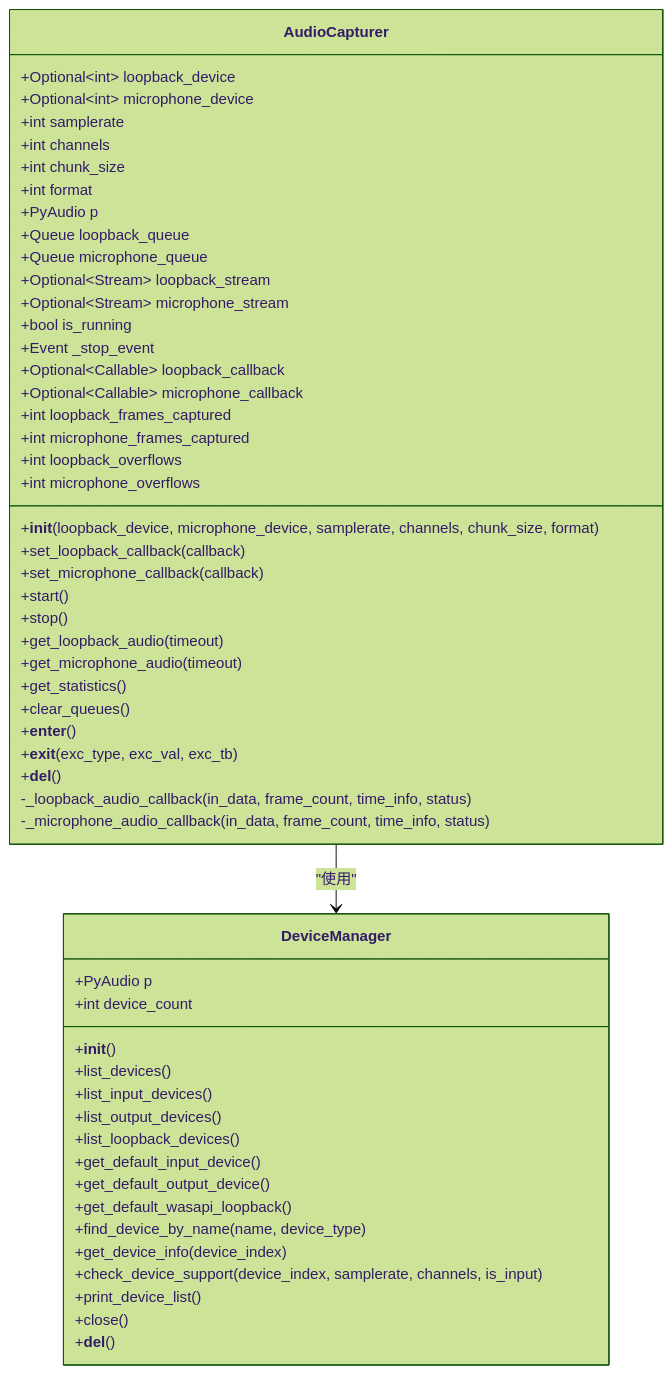
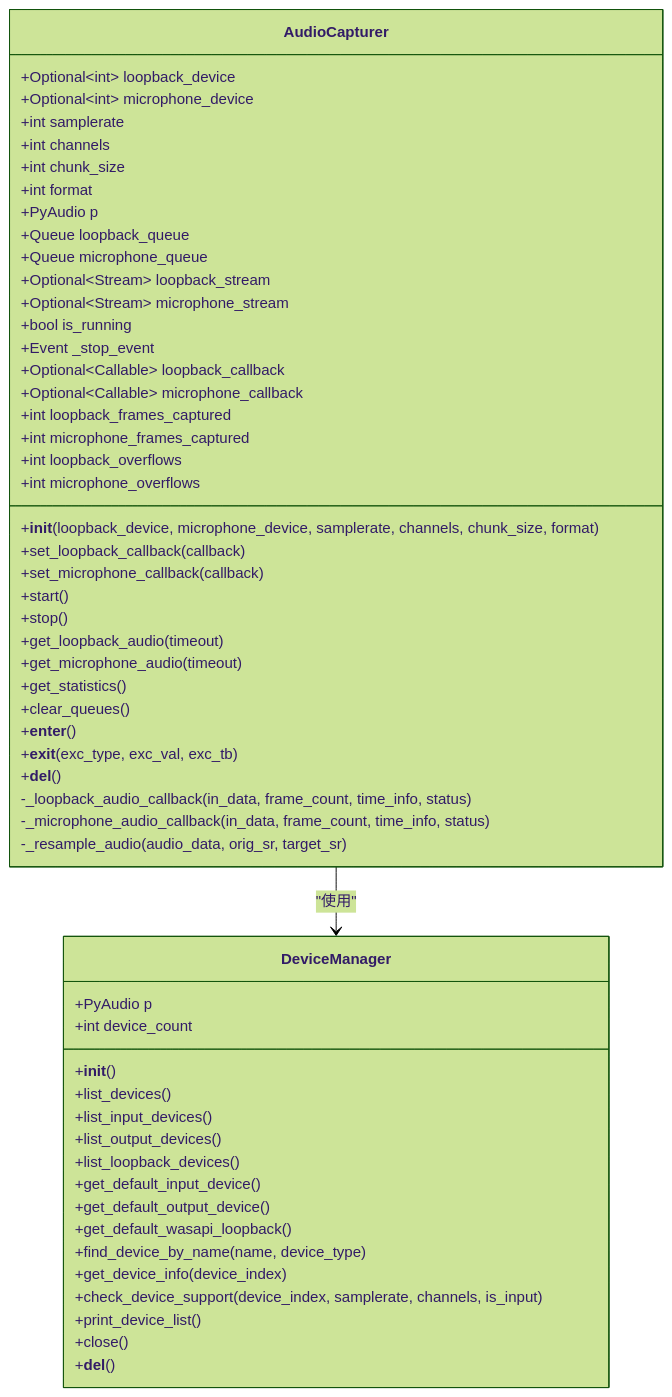
The second of 16 diagrams in .qoder/repowiki/zh/content/音频采集模块/AudioCapturer类.md (cir9no/VRChatSocialAssistant), drawn with Mermaid (forest theme) before and after one commit. The commit also changed other lines of this file and 9 other files, not shown here.

````diff
--- a/.qoder/repowiki/zh/content/音频采集模块/AudioCapturer类.md
+++ b/.qoder/repowiki/zh/content/音频采集模块/AudioCapturer类.md
@@ -74,57 +73,58 @@
 ```mermaid
 classDiagram
 class AudioCapturer {
 +Optional~int~ loopback_device
 +Optional~int~ microphone_device
 +int samplerate
 +int channels
 +int chunk_size
 +int format
 +PyAudio p
 +Queue loopback_queue
 +Queue microphone_queue
 +Optional~Stream~ loopback_stream
 +Optional~Stream~ microphone_stream
 +bool is_running
 +Event _stop_event
 +Optional~Callable~ loopback_callback
 +Optional~Callable~ microphone_callback
 +int loopback_frames_captured
 +int microphone_frames_captured
 +int loopback_overflows
 +int microphone_overflows
 +__init__(loopback_device, microphone_device, samplerate, channels, chunk_size, format)
 +set_loopback_callback(callback)
 +set_microphone_callback(callback)
 +start()
 +stop()
 +get_loopback_audio(timeout)
 +get_microphone_audio(timeout)
 +get_statistics()
 +clear_queues()
 +__enter__()
 +__exit__(exc_type, exc_val, exc_tb)
 +__del__()
 -_loopback_audio_callback(in_data, frame_count, time_info, status)
 -_microphone_audio_callback(in_data, frame_count, time_info, status)
+-_resample_audio(audio_data, orig_sr, target_sr)
 }
 class DeviceManager {
 +PyAudio p
 +int device_count
 +__init__()
 +list_devices()
 +list_input_devices()
 +list_output_devices()
 +list_loopback_devices()
 +get_default_input_device()
 +get_default_output_device()
 +get_default_wasapi_loopback()
 +find_device_by_name(name, device_type)
 +get_device_info(device_index)
 +check_device_support(device_index, samplerate, channels, is_input)
 +print_device_list()
 +close()
 +__del__()
 }
 AudioCapturer --> DeviceManager : "使用"
 ```
````
